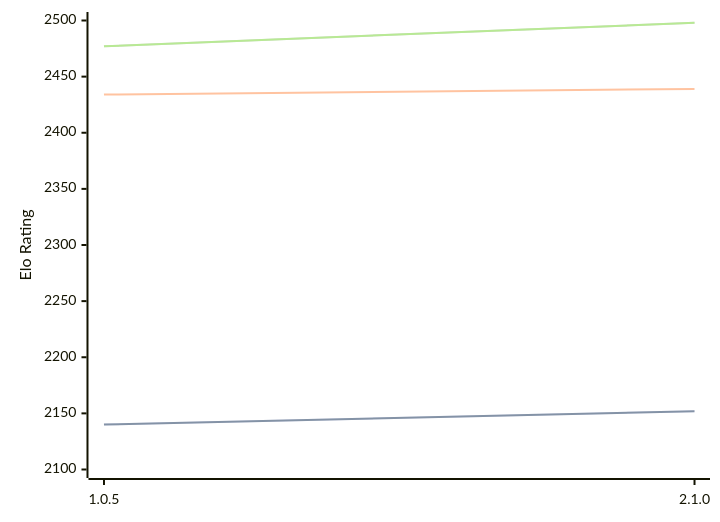
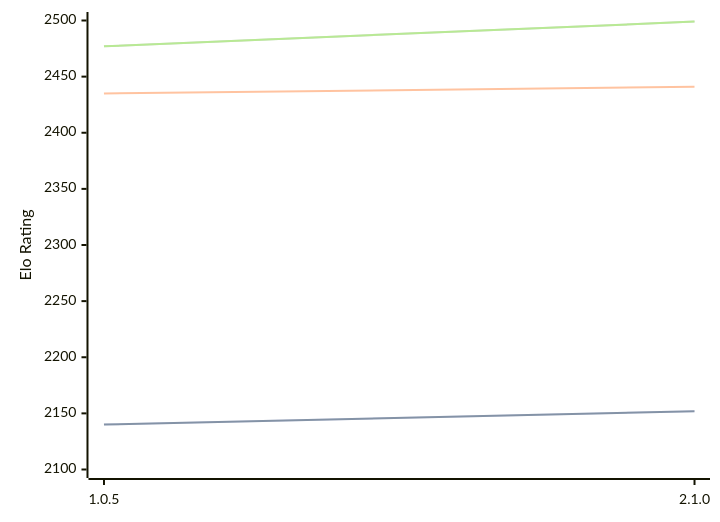
Before and after one commit to computer-chess-index/cci: the diagram in engines/Ruffian.md, drawn with Mermaid. The commit also changed other lines of this file, not shown here.

Commit message:
Update CCI Ratings (ELO VLTC) - 2026-08-23

````diff
--- a/engines/Ruffian.md
+++ b/engines/Ruffian.md
@@ -32,11 +32,11 @@
 ```mermaid
 %%{init: {"theme":"base","themeVariables":{"seriesColors:['#a3a3a3','#222221','#faa371']}}}%%
 xychart-beta
   x-axis ["1.0.5", "2.1.0"]
   y-axis "Elo Rating" 2100 --> 2500
   line "STC (8.0+0.08s)" [2140, 2152]
   line "STC (8.0+0.08s)" [2140, 2152]
-  line "LTC (60.0+0.60s)" [2434, 2439]
-  line "VLTC (2m24s+1.12s)" [2477, 2498]
-  line "VLTC (2m24s+1.12s)" [2477, 2498]
+  line "LTC (60.0+0.60s)" [2435, 2441]
+  line "VLTC (2m24s+1.12s)" [2477, 2499]
+  line "VLTC (2m24s+1.12s)" [2477, 2499]
 ```
````
